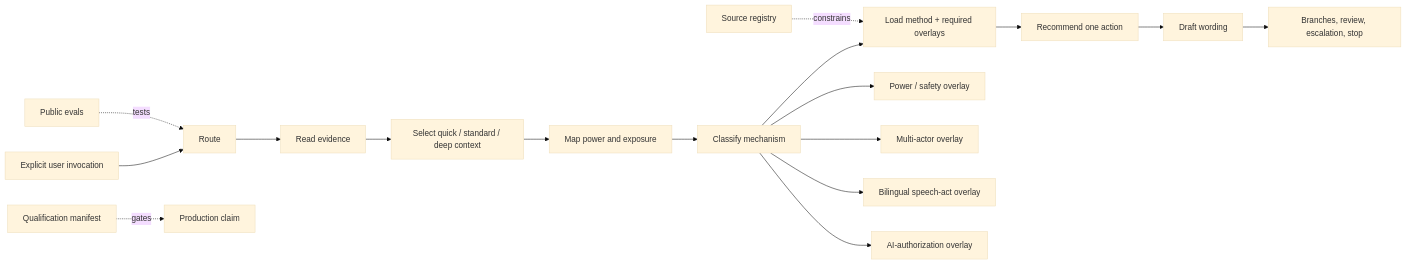
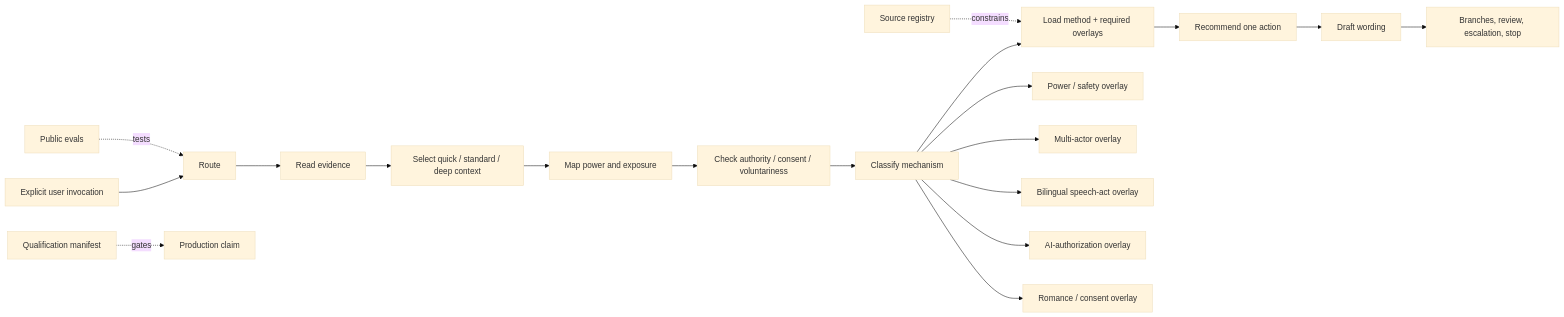
The diagram in README.md (haitaowu12/interpersonal-strategist), drawn with Mermaid (base theme) before and after one commit. The commit also changed other lines of this file and 33 other files, not shown here.

````diff
--- a/README.md
+++ b/README.md
@@ -52,21 +60,23 @@
 ```mermaid
 flowchart LR
     U["Explicit user invocation"] --> R["Route"]
     R --> E["Read evidence"]
     E --> D["Select quick / standard / deep context"]
     D --> P["Map power and exposure"]
-    P --> C["Classify mechanism"]
+    P --> V["Check authority / consent / voluntariness"]
+    V --> C["Classify mechanism"]
     C --> M["Load method + required overlays"]
     M --> A["Recommend one action"]
     A --> W["Draft wording"]
     W --> B["Branches, review, escalation, stop"]
 
     C --> O1["Power / safety overlay"]
     C --> O2["Multi-actor overlay"]
     C --> O3["Bilingual speech-act overlay"]
     C --> O4["AI-authorization overlay"]
+    C --> O5["Romance / consent overlay"]
 
     S["Source registry"] -. constrains .-> M
     T["Public evals"] -. tests .-> R
     Q["Qualification manifest"] -. gates .-> Z["Production claim"]
 ```
````
